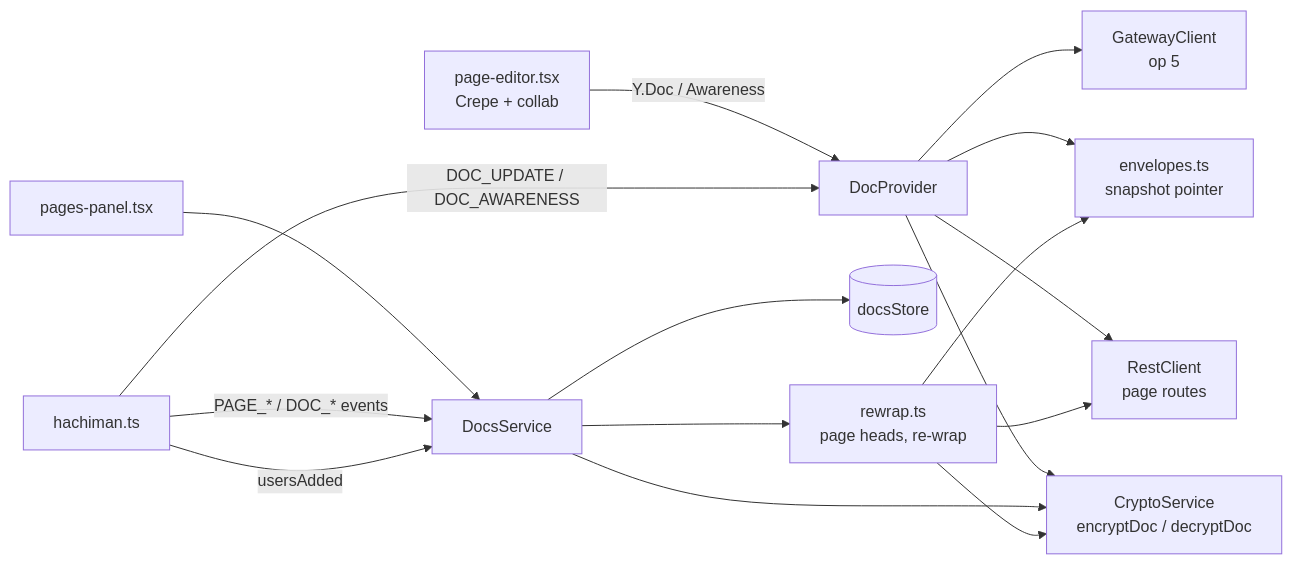
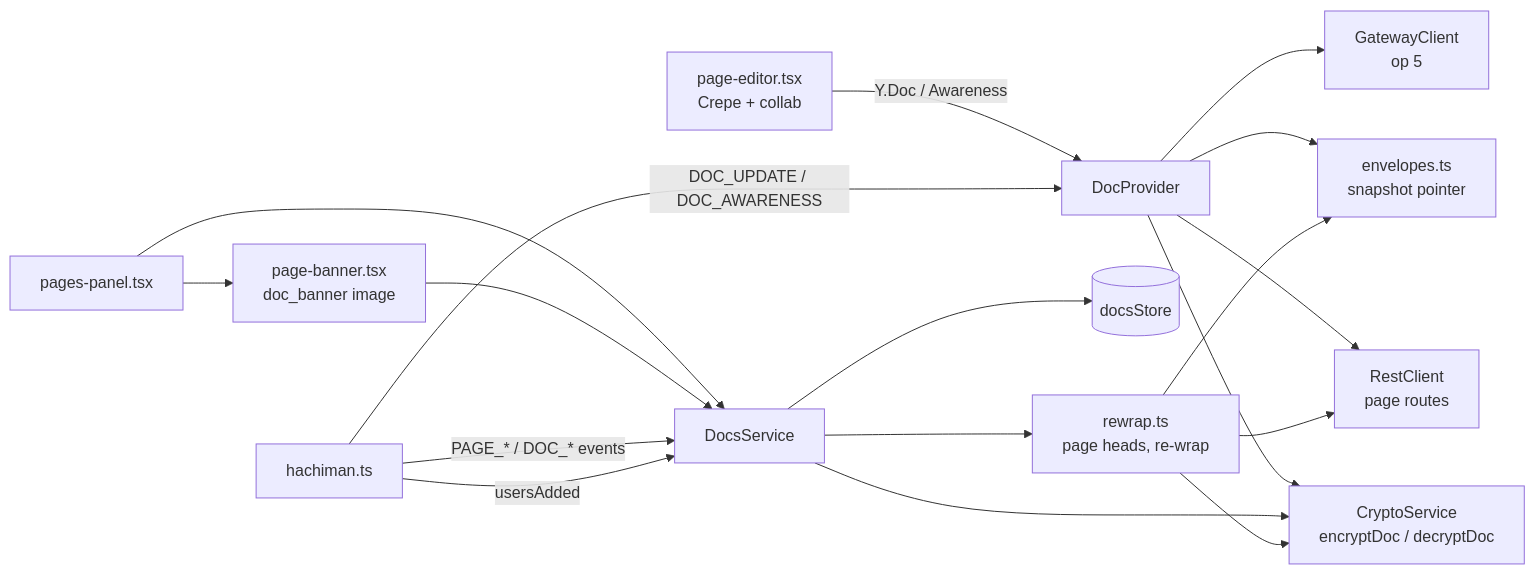
Before and after one commit to dan-hummelstad/hachiman: the seventh of 7 diagrams in apps/hachiman/README.md, drawn with Mermaid. The commit also changed other lines of this file and 72 other files, not shown here.

First line of the commit message:
Pages: encrypted root-page banner, inline page title field, unpin channel and tabs

````diff
--- a/apps/hachiman/README.md
+++ b/apps/hachiman/README.md
@@ -382,18 +383,20 @@
 ```mermaid
 flowchart LR
   Editor[page-editor.tsx<br/>Crepe + collab] -- Y.Doc / Awareness --> Provider[DocProvider]
   Panel[pages-panel.tsx] --> DocsService
+  Panel --> Banner[page-banner.tsx<br/>doc_banner image]
+  Banner --> DocsService
   DocsService --> docsStore[(docsStore)]
   Provider --> Crypto[CryptoService<br/>encryptDoc / decryptDoc]
   DocsService --> Crypto
   Provider --> REST[RestClient<br/>page routes]
   Provider --> GW[GatewayClient<br/>op 5]
   hachiman.ts -- PAGE_* / DOC_* events --> DocsService
   hachiman.ts -- DOC_UPDATE / DOC_AWARENESS --> Provider
   hachiman.ts -- usersAdded --> DocsService
   DocsService --> Rewrap[rewrap.ts<br/>page heads, re-wrap]
   Rewrap --> REST
   Rewrap --> Crypto
   Provider --> Envelopes[envelopes.ts<br/>snapshot pointer]
   Rewrap --> Envelopes
 ```
````
